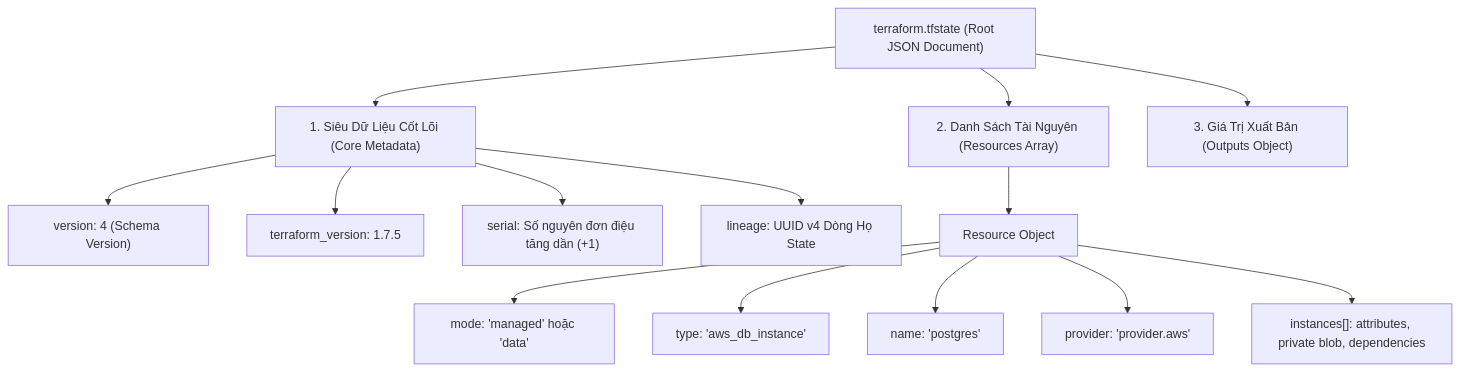
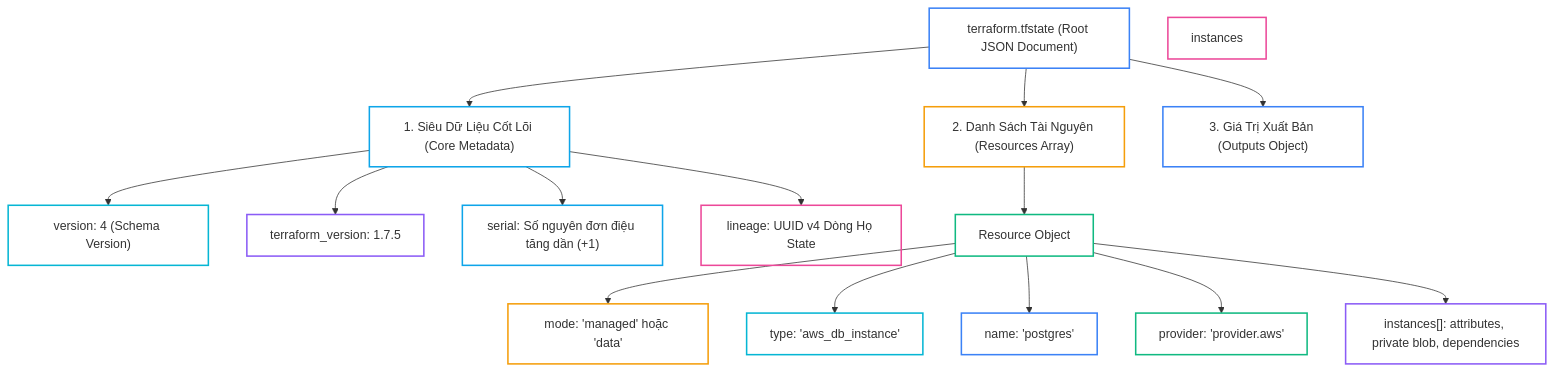
One commit to kiennt308/ntk changed the first of 3 diagrams in _posts/2026-09-13-terraform-06-06-giai-ma-terraform-state-cau-truc-json-v4-drift-detection-refresh-only.md. Above: the diagram before and after it, drawn with Mermaid. The commit also changed other lines of this file and 26 other files, not shown here.

Commit message:
style(terraform): standardize presentation, complete titles & summaries, tailor tldr, and optimize lab tables & mermaid across Bài 05 to Bài 31

````diff
--- a/_posts/2026-09-13-terraform-06-06-giai-ma-terraform-state-cau-truc-json-v4-drift-detection-refresh-only.md
+++ b/_posts/2026-09-13-terraform-06-06-giai-ma-terraform-state-cau-truc-json-v4-drift-detection-refresh-only.md
@@ -38,20 +38,34 @@
 ```mermaid
 graph TD
     Root["terraform.tfstate (Root JSON Document)"] --> Meta["1. Siêu Dữ Liệu Cốt Lõi (Core Metadata)"]
     Root --> Resources["2. Danh Sách Tài Nguyên (Resources Array)"]
     Root --> Outputs["3. Giá Trị Xuất Bản (Outputs Object)"]
 
     Meta --> V["version: 4 (Schema Version)"]
     Meta --> TFV["terraform_version: 1.7.5"]
     Meta --> S["serial: Số nguyên đơn điệu tăng dần (+1)"]
     Meta --> L["lineage: UUID v4 Dòng Họ State"]
 
     Resources --> ResItem["Resource Object"]
     ResItem --> Mode["mode: 'managed' hoặc 'data'"]
     ResItem --> Type["type: 'aws_db_instance'"]
     ResItem --> Name["name: 'postgres'"]
     ResItem --> Prov["provider: 'provider.aws'"]
     ResItem --> Inst["instances[]: attributes, private blob, dependencies"]
 
-
+    style Name fill:none,stroke:#3b82f6,stroke-width:2px
+    style Meta fill:none,stroke:#0ea5e9,stroke-width:2px
+    style Prov fill:none,stroke:#10b981,stroke-width:2px
+    style Mode fill:none,stroke:#f59e0b,stroke-width:2px
+    style Inst fill:none,stroke:#8b5cf6,stroke-width:2px
+    style instances fill:none,stroke:#ec4899,stroke-width:2px
+    style V fill:none,stroke:#06b6d4,stroke-width:2px
+    style Root fill:none,stroke:#3b82f6,stroke-width:2px
+    style S fill:none,stroke:#0ea5e9,stroke-width:2px
+    style ResItem fill:none,stroke:#10b981,stroke-width:2px
+    style Resources fill:none,stroke:#f59e0b,stroke-width:2px
+    style TFV fill:none,stroke:#8b5cf6,stroke-width:2px
+    style L fill:none,stroke:#ec4899,stroke-width:2px
+    style Type fill:none,stroke:#06b6d4,stroke-width:2px
+    style Outputs fill:none,stroke:#3b82f6,stroke-width:2px
 ```
````
